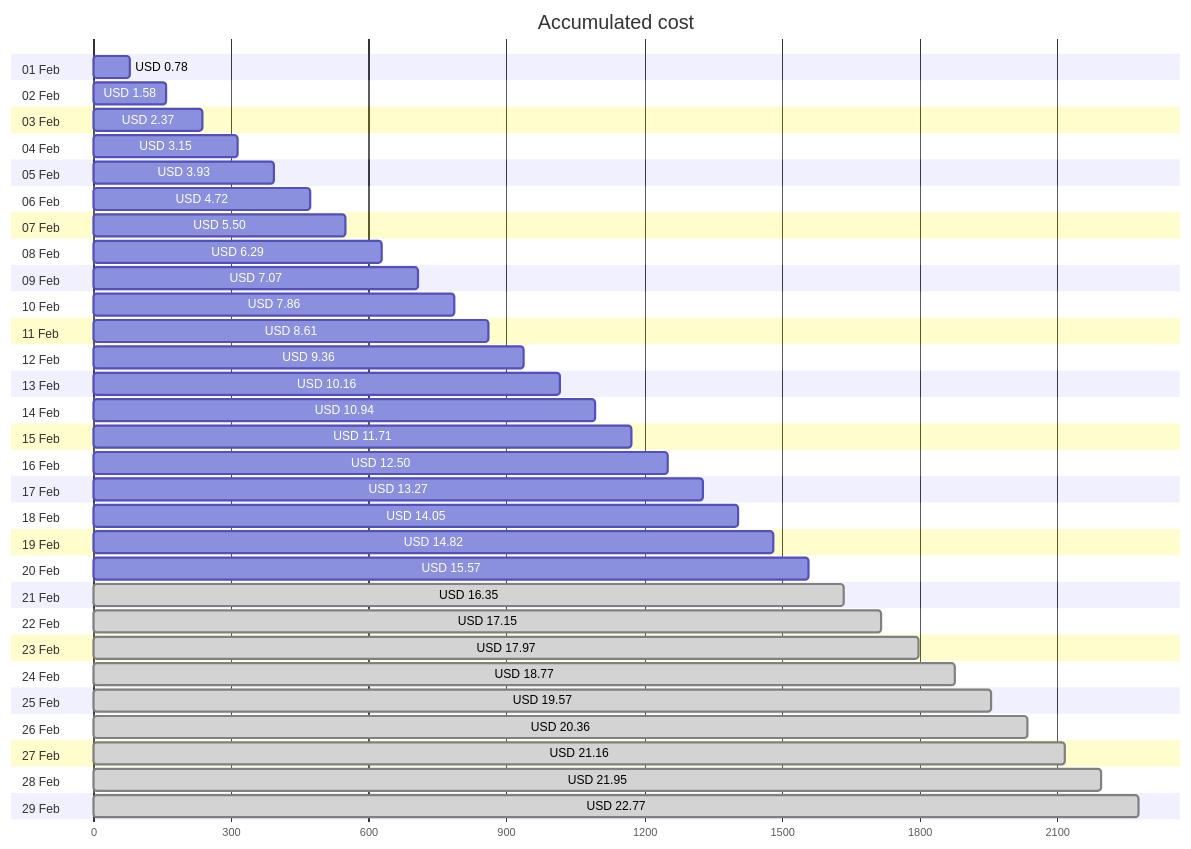
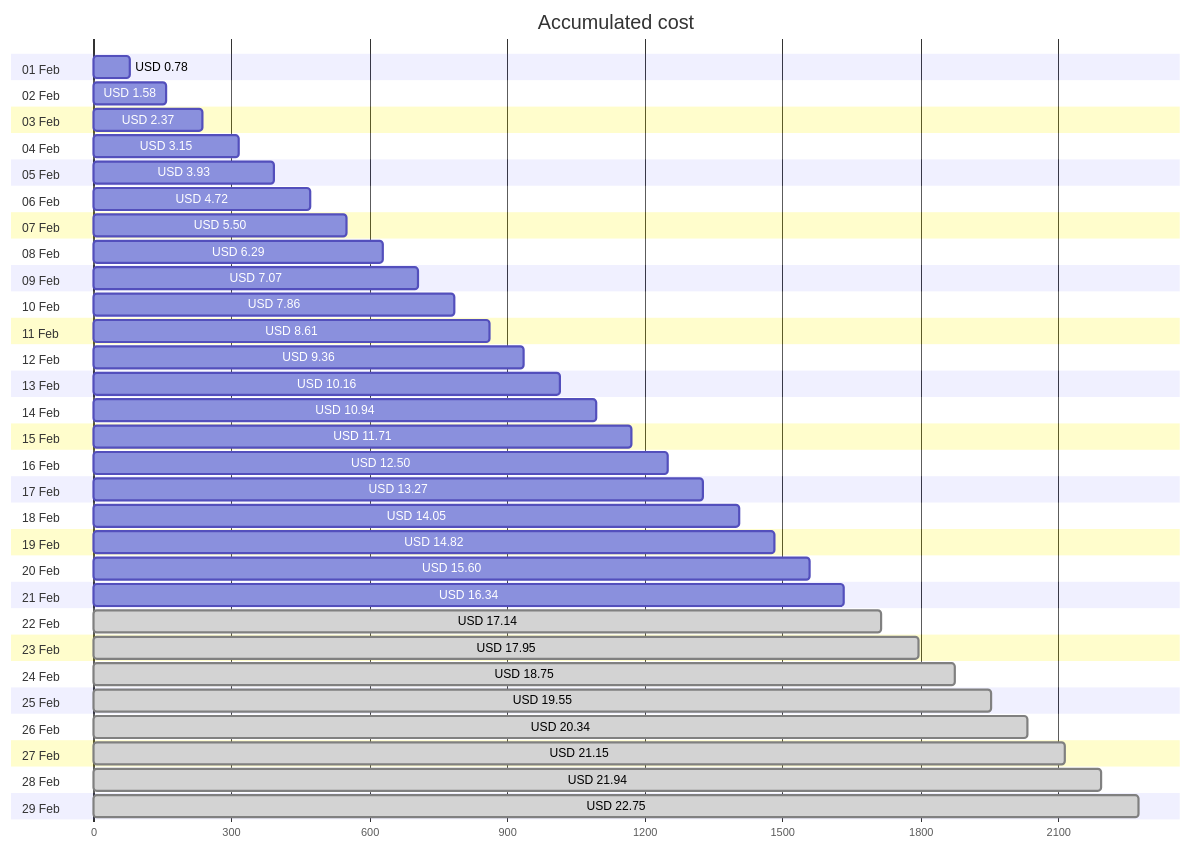
Before and after one commit to jpfulton/azure-personal-reports: the first of 4 diagrams in cost-reports/personal-network/backup-server-data-disk.md, drawn with Mermaid. The commit also changed other lines of this file and 8 other files, not shown here.

````diff
--- a/cost-reports/personal-network/backup-server-data-disk.md
+++ b/cost-reports/personal-network/backup-server-data-disk.md
@@ -20,64 +20,64 @@
 ```mermaid
 gantt
    title Accumulated cost
    dateFormat  X
    axisFormat %s
    section 01 Feb
    USD 0.78 :0, 78
    section 02 Feb
    USD 1.58 :0, 158
    section 03 Feb
    USD 2.37 :0, 237
    section 04 Feb
    USD 3.15 :0, 315
    section 05 Feb
    USD 3.93 :0, 393
    section 06 Feb
    USD 4.72 :0, 472
    section 07 Feb
    USD 5.50 :0, 550
    section 08 Feb
    USD 6.29 :0, 629
    section 09 Feb
    USD 7.07 :0, 707
    section 10 Feb
    USD 7.86 :0, 786
    section 11 Feb
    USD 8.61 :0, 861
    section 12 Feb
    USD 9.36 :0, 936
    section 13 Feb
    USD 10.16 :0, 1016
    section 14 Feb
    USD 10.94 :0, 1094
    section 15 Feb
    USD 11.71 :0, 1171
    section 16 Feb
    USD 12.50 :0, 1250
    section 17 Feb
    USD 13.27 :0, 1327
    section 18 Feb
    USD 14.05 :0, 1405
    section 19 Feb
    USD 14.82 :0, 1482
    section 20 Feb
-   USD 15.57 :0, 1557
+   USD 15.60 :0, 1560
    section 21 Feb
-   USD 16.35 : done, 0, 1635
+   USD 16.34 :0, 1634
    section 22 Feb
-   USD 17.15 : done, 0, 1715
+   USD 17.14 : done, 0, 1714
    section 23 Feb
-   USD 17.97 : done, 0, 1797
+   USD 17.95 : done, 0, 1795
    section 24 Feb
-   USD 18.77 : done, 0, 1877
+   USD 18.75 : done, 0, 1875
    section 25 Feb
-   USD 19.57 : done, 0, 1957
+   USD 19.55 : done, 0, 1955
    section 26 Feb
-   USD 20.36 : done, 0, 2036
+   USD 20.34 : done, 0, 2034
    section 27 Feb
-   USD 21.16 : done, 0, 2116
+   USD 21.15 : done, 0, 2115
    section 28 Feb
-   USD 21.95 : done, 0, 2195
+   USD 21.94 : done, 0, 2194
    section 29 Feb
-   USD 22.77 : done, 0, 2277
+   USD 22.75 : done, 0, 2275
 ```
````
